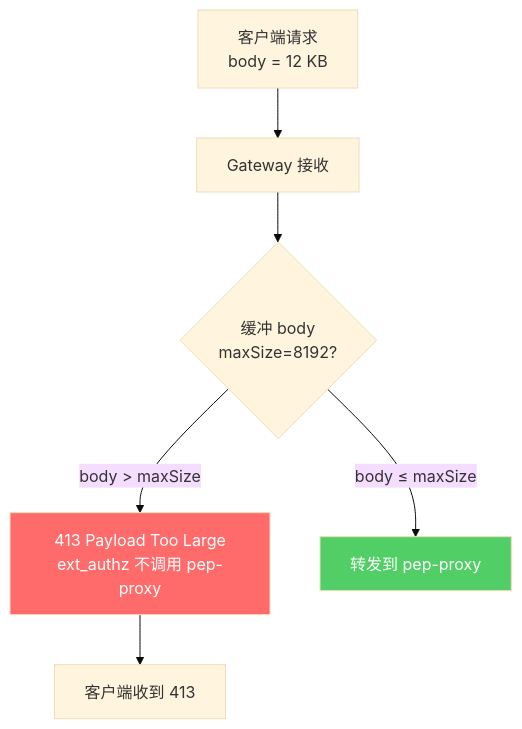
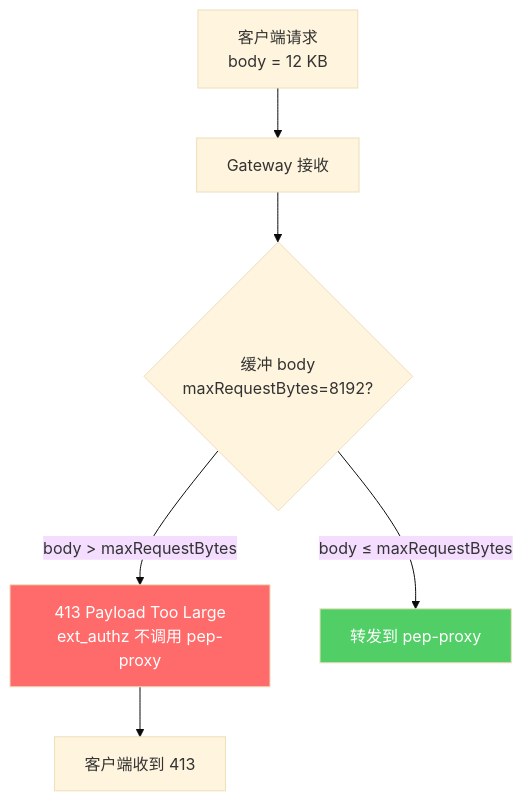
One commit to xiewanchao/aidp-iam changed diagram 14 of 17 in diagrams/failure-scenarios.md. Above: the diagram before and after it, drawn with Mermaid (base theme). The commit also changed other lines of this file and 47 other files, not shown here.

````diff
--- a/diagrams/failure-scenarios.md
+++ b/diagrams/failure-scenarios.md
@@ -546,12 +548,12 @@
 ```mermaid
 flowchart TD
     REQ[客户端请求<br/>body = 12 KB] --> GW[Gateway 接收]
-    GW --> BUFFER{缓冲 body<br/>maxSize=8192?}
-    BUFFER -->|body > maxSize| REJECT[413 Payload Too Large<br/>ext_authz 不调用 pep-proxy]
-    BUFFER -->|body ≤ maxSize| FORWARD[转发到 pep-proxy]
+    GW --> BUFFER{缓冲 body<br/>maxRequestBytes=8192?}
+    BUFFER -->|body > maxRequestBytes| REJECT[413 Payload Too Large<br/>ext_authz 不调用 pep-proxy]
+    BUFFER -->|body ≤ maxRequestBytes| FORWARD[转发到 pep-proxy]
 
     REJECT --> CLIENT[客户端收到 413]
 
     style REJECT fill:#ff6b6b,color:#fff
     style FORWARD fill:#51cf66,color:#fff
 ```
````
